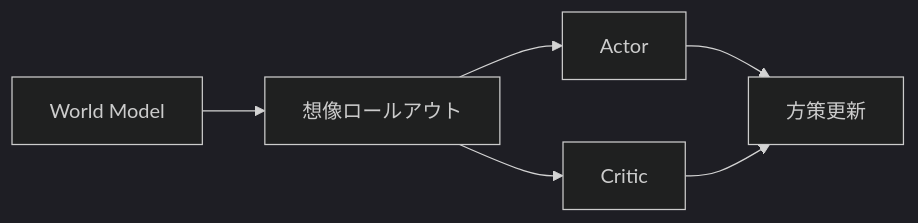
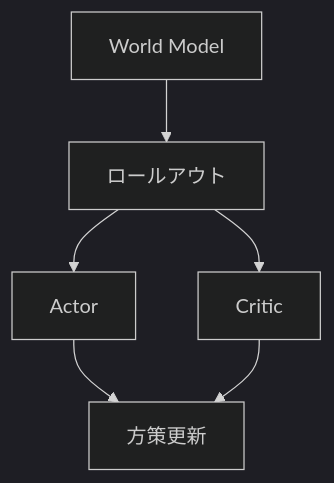
Before and after one commit to NOPLAB/slides: the second of 4 diagrams in docs/world-model.md, drawn with Mermaid (dark theme). The commit also changed other lines of this file and 1 other file, not shown here.

First line of the commit message:
feat: improve world model slides with enhanced layout and media

````diff
--- a/docs/world-model.md
+++ b/docs/world-model.md
@@ -244,8 +361,8 @@
 ```mermaid
-graph LR
-    A[World Model] --> B[想像ロールアウト]
+graph TB
+    A[World Model] --> B[ロールアウト]
     B --> C[Actor]
     B --> D[Critic]
     C --> E[方策更新]
     D --> E
 ```
````
